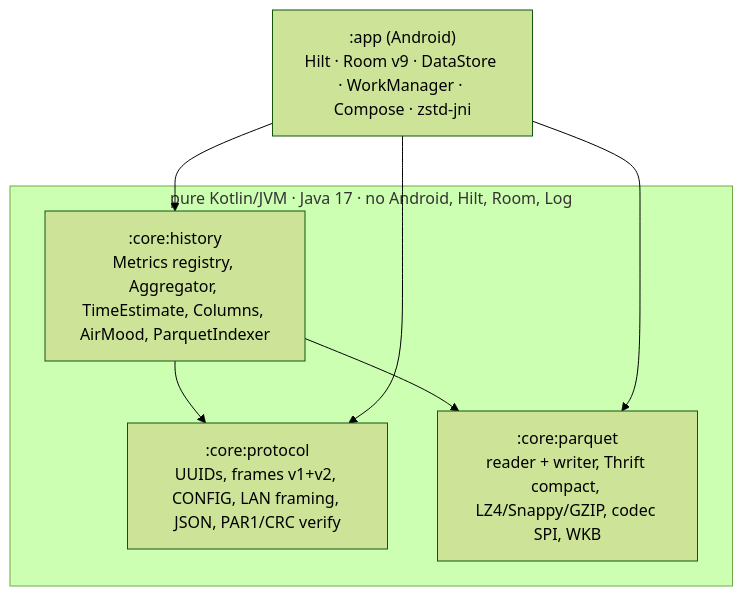
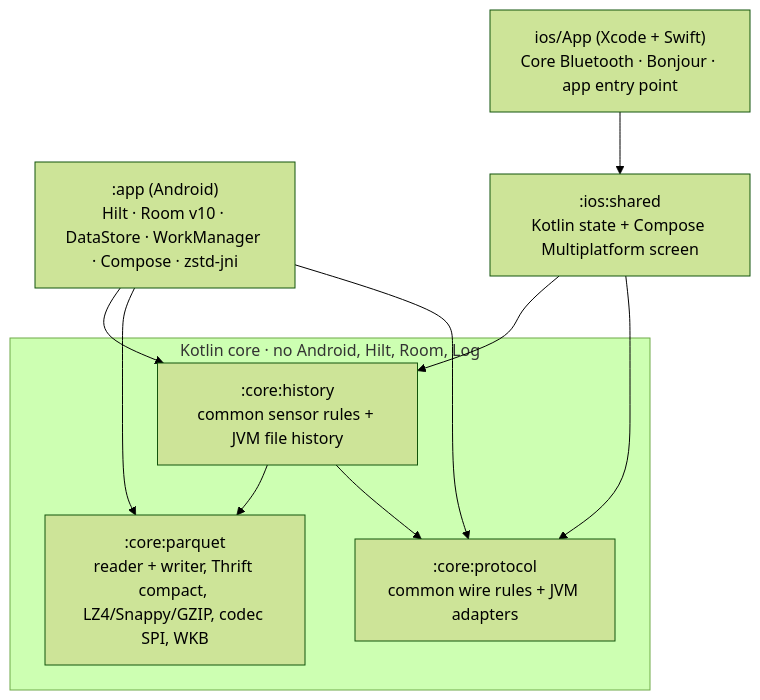
One commit to walkthru-earth/opensensor-space-mobile changed the first of 2 diagrams in docs/architecture.md. Above: the diagram before and after it, drawn with Mermaid (forest theme). The commit also changed other lines of this file and 10 other files, not shown here.

````diff
--- a/docs/architecture.md
+++ b/docs/architecture.md
@@ -9,14 +9,19 @@
 ```mermaid
 flowchart TB
-  subgraph pure["pure Kotlin/JVM · Java 17 · no Android, Hilt, Room, Log"]
-    PR[":core:protocol<br/>UUIDs, frames v1+v2, CONFIG, LAN framing, JSON, PAR1/CRC verify"]
+  subgraph core["Kotlin core · no Android, Hilt, Room, Log"]
+    PR[":core:protocol<br/>common wire rules + JVM adapters"]
     PQ[":core:parquet<br/>reader + writer, Thrift compact, LZ4/Snappy/GZIP, codec SPI, WKB"]
-    HI[":core:history<br/>Metrics registry, Aggregator, TimeEstimate, Columns, AirMood, ParquetIndexer"]
+    HI[":core:history<br/>common sensor rules + JVM file history"]
   end
-  APP[":app (Android)<br/>Hilt · Room v9 · DataStore · WorkManager · Compose · zstd-jni"]
+  APP[":app (Android)<br/>Hilt · Room v10 · DataStore · WorkManager · Compose · zstd-jni"]
+  IOS["ios/App (Xcode + Swift)<br/>Core Bluetooth · Bonjour · app entry point"]
+  IS[":ios:shared<br/>Kotlin state + Compose Multiplatform screen"]
   HI --> PQ
   HI --> PR
   APP --> HI
   APP --> PQ
   APP --> PR
+  IS --> HI
+  IS --> PR
+  IOS --> IS
 ```
````
